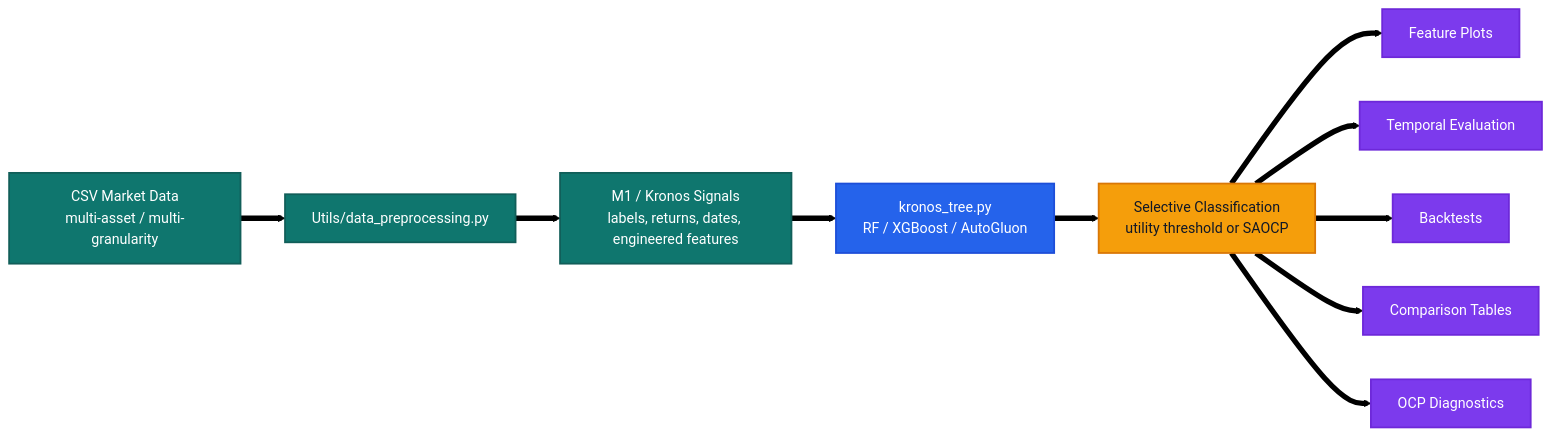
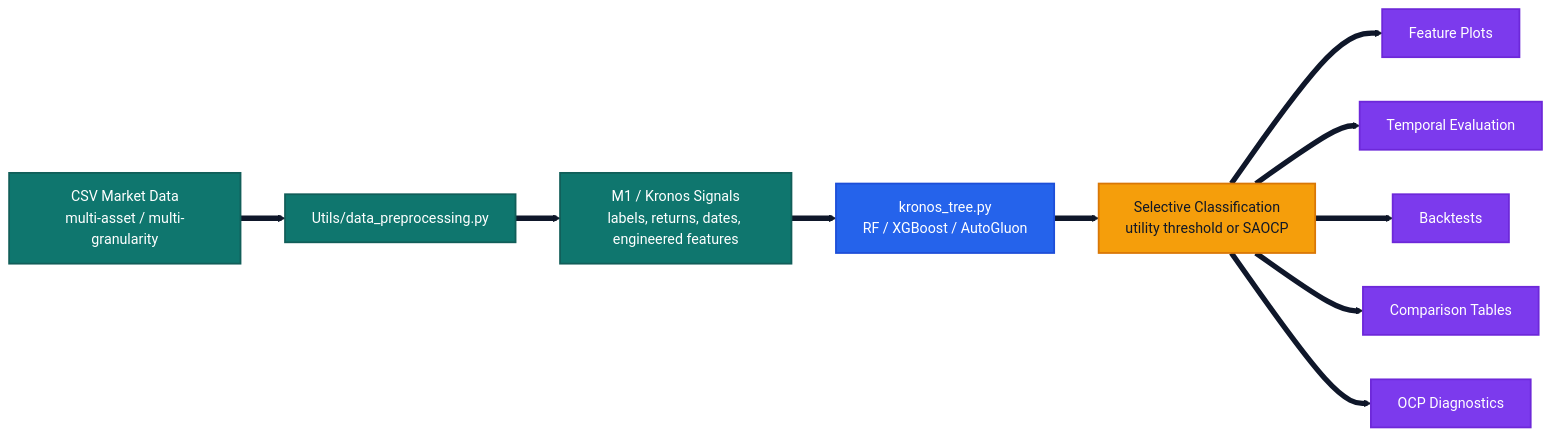
One commit to Pablo-Molla-Charlez/SecondaryModel changed the first of 2 diagrams in README.md. Above: the diagram before and after it, drawn with Mermaid. The commit also changed other lines of this file, not shown here.

Commit message:
Readme improvements 2

````diff
--- a/README.md
+++ b/README.md
@@ -31,22 +31,22 @@
 ```mermaid
 %%{init: {'theme': 'base', 'themeVariables': { 'primaryColor': '#0f766e', 'primaryBorderColor': '#115e59', 'primaryTextColor': '#ffffff', 'secondaryColor': '#f59e0b', 'tertiaryColor': '#dbeafe', 'lineColor': '#0f172a', 'background': '#ffffff'}}}%%
 flowchart LR
     A[CSV Market Data<br/>multi-asset / multi-granularity] --> B[Utils/data_preprocessing.py]
     B --> C[M1 / Kronos Signals<br/>labels, returns, dates, engineered features]
     C --> D[kronos_tree.py<br/>RF / XGBoost / AutoGluon]
     D --> E[Selective Classification<br/>utility threshold or SAOCP]
     E --> F[Feature Plots]
     E --> G[Temporal Evaluation]
     E --> H[Backtests]
     E --> I[Comparison Tables]
     E --> J[OCP Diagnostics]
     classDef input fill:#0f766e,stroke:#115e59,color:#ffffff,stroke-width:2px;
     classDef model fill:#2563eb,stroke:#1d4ed8,color:#ffffff,stroke-width:2px;
     classDef select fill:#f59e0b,stroke:#d97706,color:#111827,stroke-width:2px;
     classDef report fill:#7c3aed,stroke:#6d28d9,color:#ffffff,stroke-width:2px;
     class A,B,C input;
     class D model;
     class E select;
     class F,G,H,I,J report;
-    linkStyle default stroke:#000000,stroke-width:6px;
+    linkStyle default stroke:#0f172a,stroke-width:6px;
 ```
````
